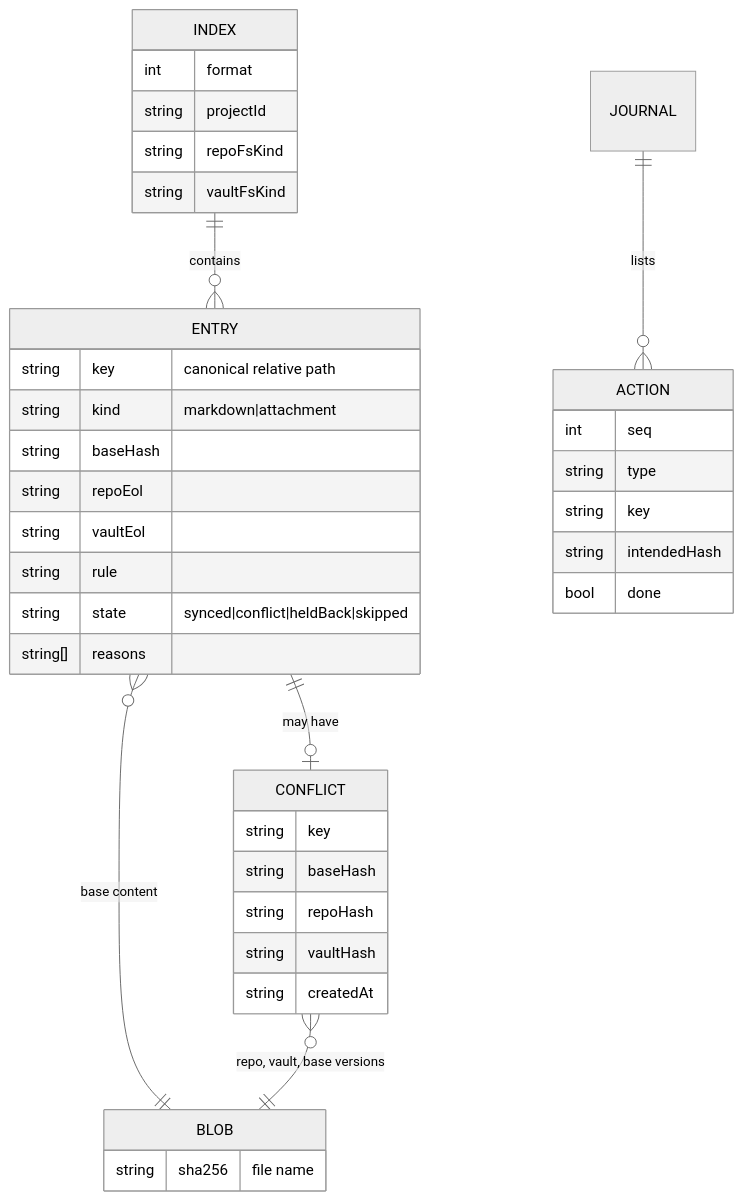
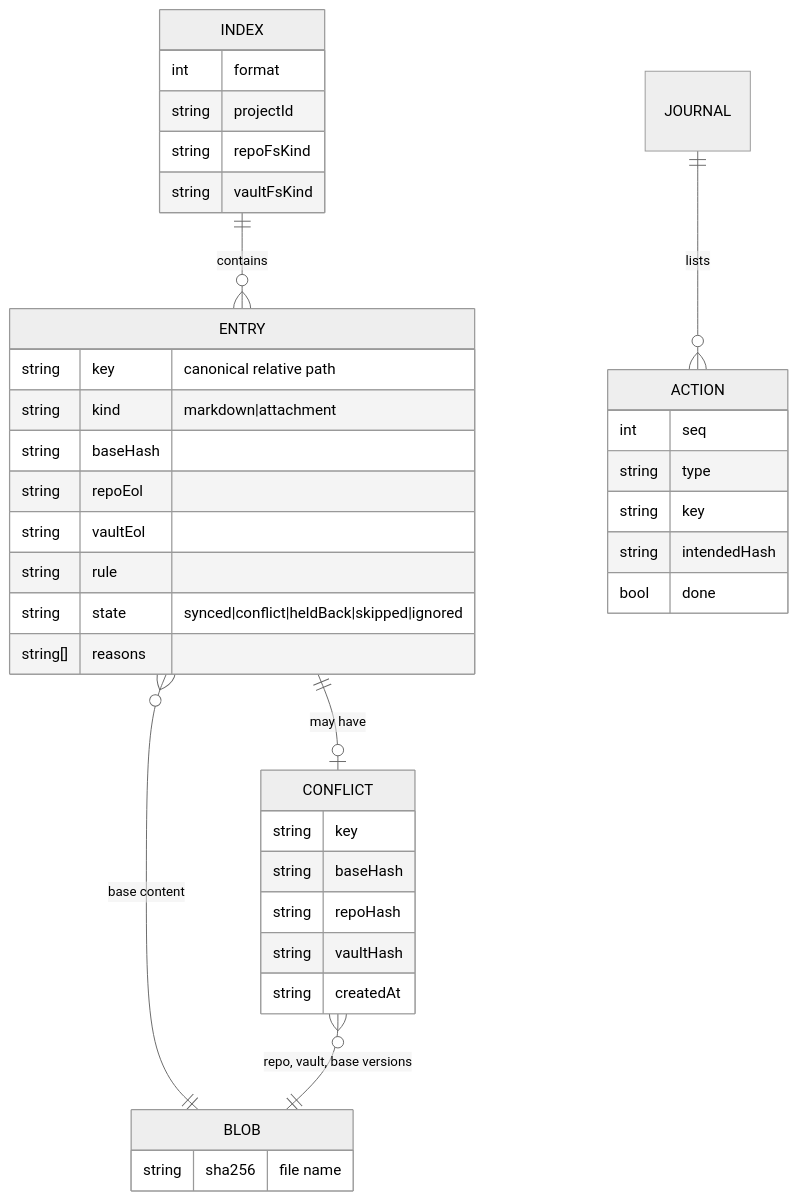
The second of 2 diagrams in spec/vscode-project-docs/design.md (coreyx/vscode-project-docs), drawn with Mermaid (neutral theme) before and after one commit. The commit also changed other lines of this file and 3 other files, not shown here.

````diff
--- a/spec/vscode-project-docs/design.md
+++ b/spec/vscode-project-docs/design.md
@@ -339,41 +365,41 @@
 ```mermaid
 erDiagram
   INDEX ||--o{ ENTRY : contains
   ENTRY }o--|| BLOB : "base content"
   ENTRY ||--o| CONFLICT : "may have"
   CONFLICT }o--|| BLOB : "repo, vault, base versions"
   JOURNAL ||--o{ ACTION : lists
   INDEX {
     int format
     string projectId
     string repoFsKind
     string vaultFsKind
   }
   ENTRY {
     string key "canonical relative path"
     string kind "markdown|attachment"
     string baseHash
     string repoEol
     string vaultEol
     string rule
-    string state "synced|conflict|heldBack|skipped"
+    string state "synced|conflict|heldBack|skipped|ignored"
     string[] reasons
   }
   CONFLICT {
     string key
     string baseHash
     string repoHash
     string vaultHash
     string createdAt
   }
   ACTION {
     int seq
     string type
     string key
     string intendedHash
     bool done
   }
   BLOB {
     string sha256 "file name"
   }
 ```
````
